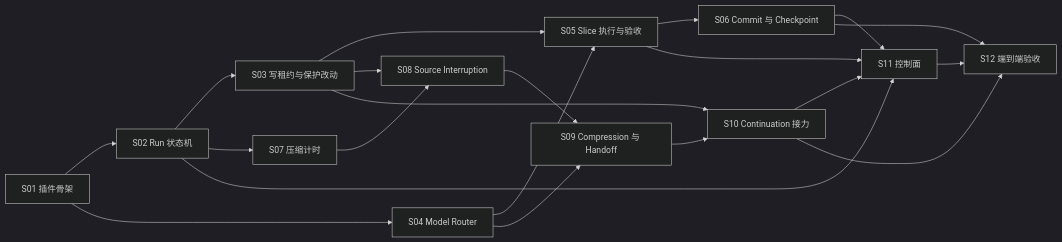
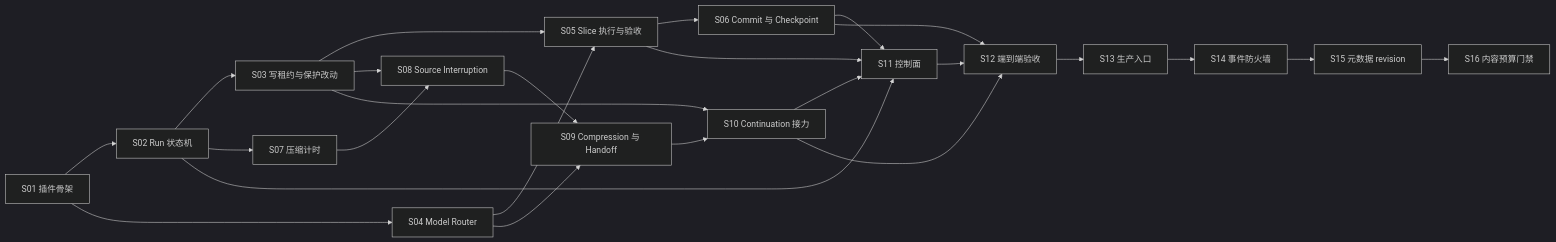
The diagram in docs/implementation-slices.md (adaelon/auto-slice), drawn with Mermaid (dark theme) before and after one commit. The commit also changed other lines of this file and 124 other files, not shown here.

````diff
--- a/docs/implementation-slices.md
+++ b/docs/implementation-slices.md
@@ -114,23 +115,27 @@
 ```mermaid
 flowchart LR
   S01["S01 插件骨架"] --> S02["S02 Run 状态机"]
   S01 --> S04["S04 Model Router"]
   S02 --> S03["S03 写租约与保护改动"]
   S02 --> S07["S07 压缩计时"]
   S02 --> S11["S11 控制面"]
   S03 --> S05["S05 Slice 执行与验收"]
   S04 --> S05
   S05 --> S06["S06 Commit 与 Checkpoint"]
   S03 --> S08["S08 Source Interruption"]
   S07 --> S08
   S04 --> S09["S09 Compression 与 Handoff"]
   S08 --> S09
   S03 --> S10["S10 Continuation 接力"]
   S09 --> S10
   S05 --> S11
   S06 --> S11
   S10 --> S11
   S06 --> S12["S12 端到端验收"]
   S10 --> S12
   S11 --> S12
+  S12 --> S13["S13 生产入口"]
+  S13 --> S14["S14 事件防火墙"]
+  S14 --> S15["S15 元数据 revision"]
+  S15 --> S16["S16 内容预算门禁"]
 ```
````
